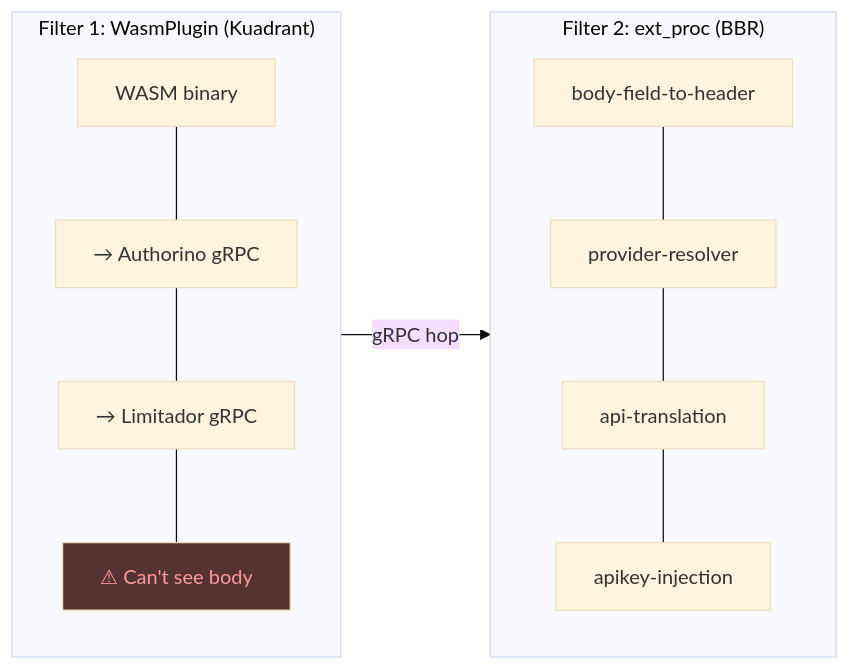
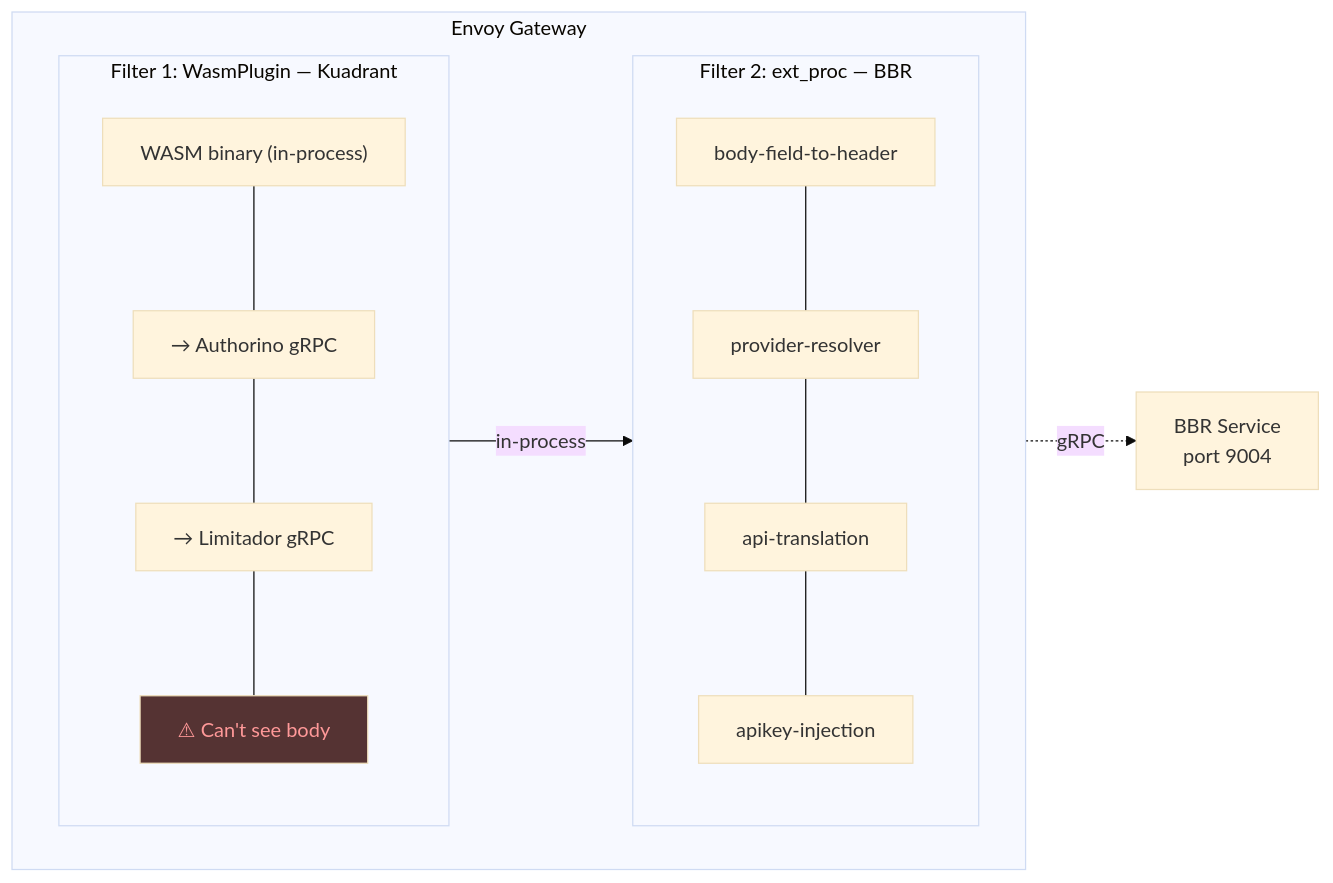
One commit to noyitz/maas-designs changed the second of 11 diagrams in unified-gateway-bbr-proposal/proposal.md. Above: the diagram before and after it, drawn with Mermaid (base theme). The commit also changed other lines of this file, not shown here.

Commit message:
Fix hop labels: in-process between Envoy filters, gRPC only to external services. Convert problem statement diagram to Mermaid.

````diff
--- a/unified-gateway-bbr-proposal/proposal.md
+++ b/unified-gateway-bbr-proposal/proposal.md
@@ -122,24 +135,26 @@
 ```mermaid
 graph LR
-    subgraph filter1["Filter 1: WasmPlugin (Kuadrant)"]
-        direction TB
-        W1["WASM binary"]
-        W2["→ Authorino gRPC"]
-        W3["→ Limitador gRPC"]
-        W4["⚠ Can't see body"]
-        W1 --- W2 --- W3 --- W4
+    subgraph envoy["Envoy Gateway"]
+        direction LR
+        subgraph filter1["Filter 1: WasmPlugin — Kuadrant"]
+            direction TB
+            W1["WASM binary (in-process)"]
+            W2["→ Authorino gRPC"]
+            W3["→ Limitador gRPC"]
+            W4["⚠ Can't see body"]
+            W1 --- W2 --- W3 --- W4
+        end
+        subgraph filter2["Filter 2: ext_proc — BBR"]
+            direction TB
+            B1["body-field-to-header"]
+            B2["provider-resolver"]
+            B3["api-translation"]
+            B4["apikey-injection"]
+            B1 --- B2 --- B3 --- B4
+        end
+        filter1 -->|in-process| filter2
     end
-
-    subgraph filter2["Filter 2: ext_proc (BBR)"]
-        direction TB
-        B1["body-field-to-header"]
-        B2["provider-resolver"]
-        B3["api-translation"]
-        B4["apikey-injection"]
-        B1 --- B2 --- B3 --- B4
-    end
-
-    filter1 -->|gRPC hop| filter2
+    filter2 -.->|gRPC| ExtBBR["BBR Service<br/>port 9004"]
 
     style W4 fill:#553333,color:#ff9999
 ```
````
